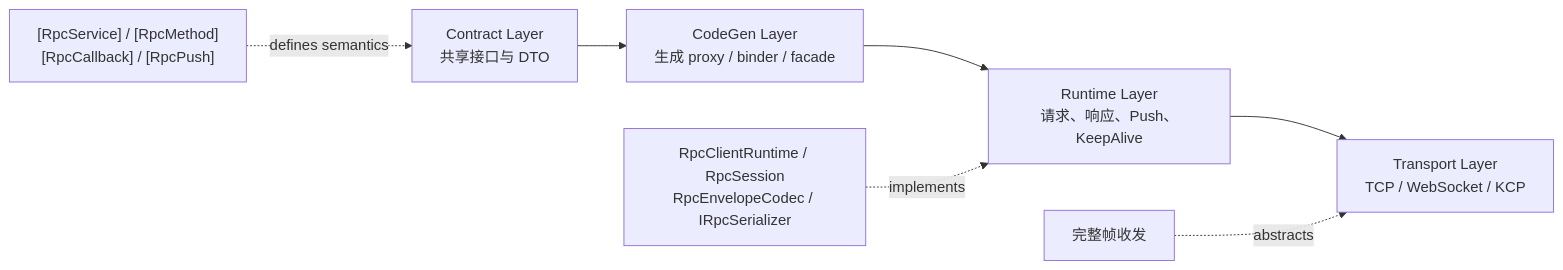
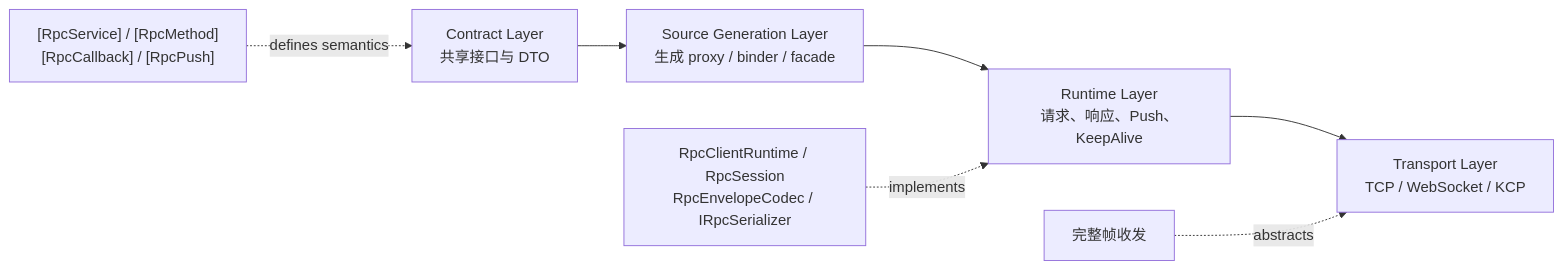
Before and after one commit to bruce48x/ULinkRPC: the first of 4 diagrams in blog/content/posts/ulinkrpc-design-and-implementation.md, drawn with Mermaid. The commit also changed other lines of this file and 19 other files, not shown here.

Commit message:
Complete CodeGen removal documentation

````diff
--- a/blog/content/posts/ulinkrpc-design-and-implementation.md
+++ b/blog/content/posts/ulinkrpc-design-and-implementation.md
@@ -35,10 +35,10 @@
 ```mermaid
 flowchart LR
-    A["Contract Layer<br/>共享接口与 DTO"] --> B["CodeGen Layer<br/>生成 proxy / binder / facade"]
+    A["Contract Layer<br/>共享接口与 DTO"] --> B["Source Generation Layer<br/>生成 proxy / binder / facade"]
     B --> C["Runtime Layer<br/>请求、响应、Push、KeepAlive"]
     C --> D["Transport Layer<br/>TCP / WebSocket / KCP"]
 
     A1["[RpcService] / [RpcMethod]<br/>[RpcCallback] / [RpcPush]"] -.defines semantics.-> A
     C1["RpcClientRuntime / RpcSession<br/>RpcEnvelopeCodec / IRpcSerializer"] -.implements.-> C
     D1["完整帧收发"] -.abstracts.-> D
 ```
````
